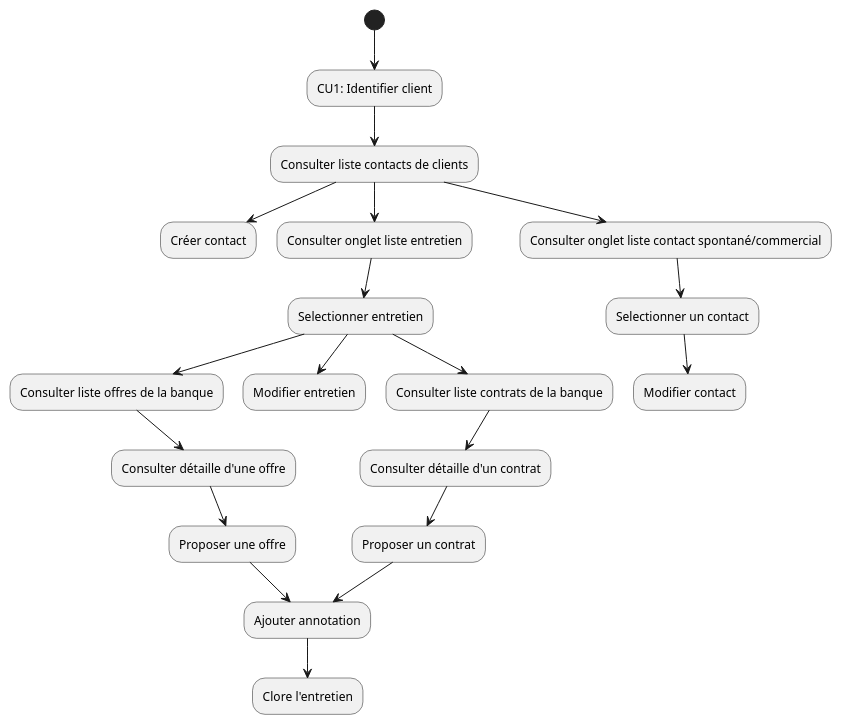
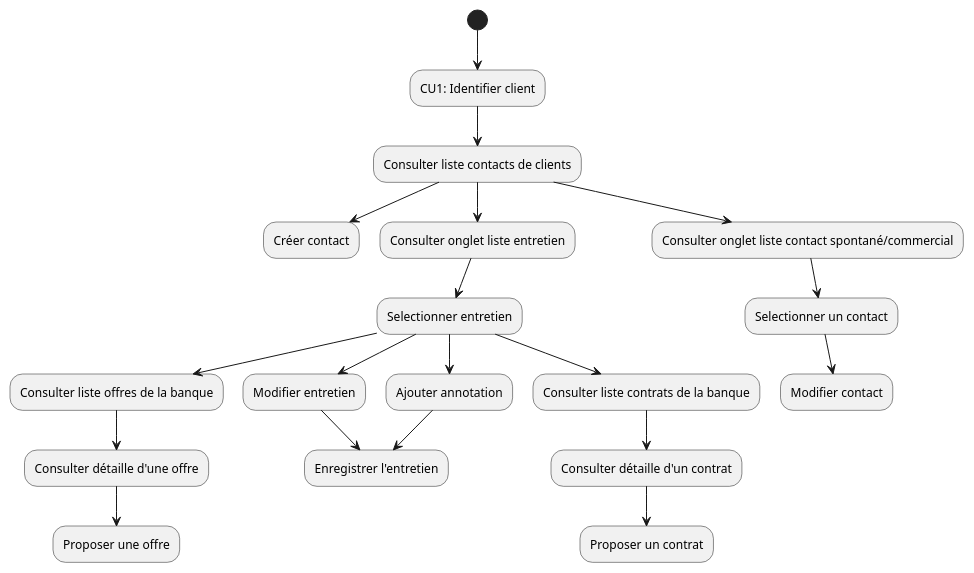
The diagram in src/documentation/CU3-DA.puml (HZjiadong/PLD-MARS), drawn with PlantUML before and after one commit. The commit also changed 2 other files, not shown here.

```diff
--- a/src/documentation/CU3-DA.puml
+++ b/src/documentation/CU3-DA.puml
@@ -1,31 +1,31 @@
 @startuml
 
 (*) --> "CU1: Identifier client"
 "CU1: Identifier client" --> "Consulter liste contacts de clients"
 "Consulter liste contacts de clients" -->"Créer contact"
 
 
 "Consulter liste contacts de clients" -->"Consulter onglet liste entretien"
 
 "Consulter onglet liste entretien"-->"Selectionner entretien"
 
 "Selectionner entretien"-->"Consulter liste offres de la banque"
 -->"Consulter détaille d'une offre"
 -->"Proposer une offre"
 
 "Selectionner entretien"-->"Modifier entretien"
+-->"Enregistrer l'entretien"
+
+"Selectionner entretien"-->"Ajouter annotation"
+-->"Enregistrer l'entretien"
 
 "Selectionner entretien"-->"Consulter liste contrats de la banque"
 -->"Consulter détaille d'un contrat"
 -->"Proposer un contrat"
-
-"Proposer un contrat"-->"Ajouter annotation"
-"Proposer une offre"-->"Ajouter annotation"
--->"Clore l'entretien"
 
 "Consulter liste contacts de clients" -->"Consulter onglet liste contact spontané/commercial"
 -->"Selectionner un contact"
 "Selectionner un contact"-->"Modifier contact"
 
 
 @enduml
```
